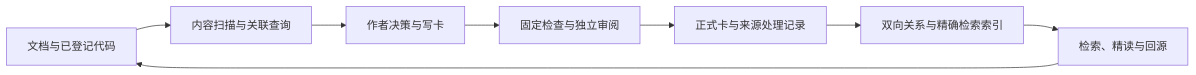
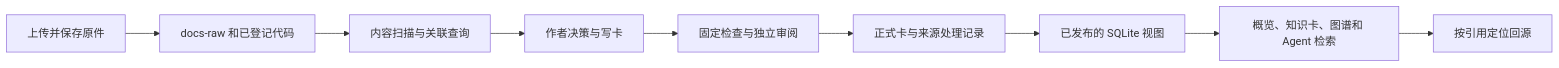
Before and after one commit to Robin-hhc/FactumCore: the diagram in himate/himate-knowledge-wifi-mp/docs-llm-wiki/HiMate知识库架构设计.md, drawn with Mermaid. The commit also changed other lines of this file and 9 other files, not shown here.

````diff
--- a/himate/himate-knowledge-wifi-mp/docs-llm-wiki/HiMate知识库架构设计.md
+++ b/himate/himate-knowledge-wifi-mp/docs-llm-wiki/HiMate知识库架构设计.md
@@ -52,10 +59,11 @@
 ```mermaid
 flowchart LR
-    D["文档与已登记代码"] --> S["内容扫描与关联查询"]
+    U["上传并保存原件"] --> D["docs-raw 和已登记代码"]
+    D --> S["内容扫描与关联查询"]
     S --> A["作者决策与写卡"]
     A --> R["固定检查与独立审阅"]
     R --> P["正式卡与来源处理记录"]
-    P --> I["双向关系与精确检索索引"]
-    I --> Q["检索、精读与回源"]
-    Q --> D
+    P --> I["已发布的 SQLite 视图"]
+    I --> Q["概览、知识卡、图谱和 Agent 检索"]
+    Q --> E["按引用定位回源"]
 ```
````
